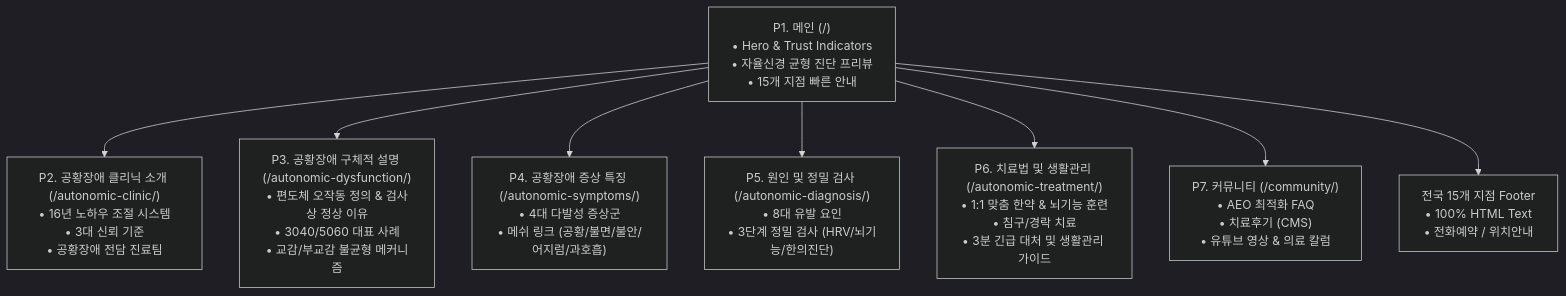
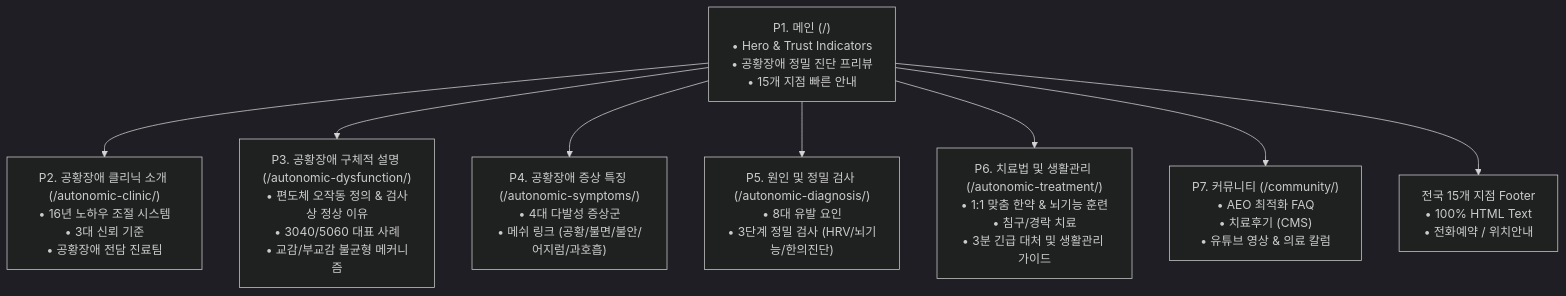
One commit to healim0071-git/panic-disorder changed the diagram in plan.md. Above: the diagram before and after it, drawn with Mermaid (dark theme). The commit also changed other lines of this file, not shown here.

Commit message:
docs: plan.md 기획서 공황장애 전문 클리닉 사양 및 마일스톤 10 최신화

````diff
--- a/plan.md
+++ b/plan.md
@@ -31,13 +31,13 @@
 ```mermaid
 graph TD
-    Home["P1. 메인 (/)<br>• Hero & Trust Indicators<br>• 자율신경 균형 진단 프리뷰<br>• 15개 지점 빠른 안내"]
+    Home["P1. 메인 (/)<br>• Hero & Trust Indicators<br>• 공황장애 정밀 진단 프리뷰<br>• 15개 지점 빠른 안내"]
     
     Home --> Clinic["P2. 공황장애 클리닉 소개 (/autonomic-clinic/)<br>• 16년 노하우 조절 시스템<br>• 3대 신뢰 기준<br>• 공황장애 전담 진료팀"]
     Home --> Dysfunction["P3. 공황장애 구체적 설명 (/autonomic-dysfunction/)<br>• 편도체 오작동 정의 & 검사상 정상 이유<br>• 3040/5060 대표 사례<br>• 교감/부교감 불균형 메커니즘"]
     Home --> Symptoms["P4. 공황장애 증상 특징 (/autonomic-symptoms/)<br>• 4대 다발성 증상군<br>• 메쉬 링크 (공황/불면/불안/어지럼/과호흡)"]
     Home --> Diagnosis["P5. 원인 및 정밀 검사 (/autonomic-diagnosis/)<br>• 8대 유발 요인<br>• 3단계 정밀 검사 (HRV/뇌기능/한의진단)"]
     Home --> Treatment["P6. 치료법 및 생활관리 (/autonomic-treatment/)<br>• 1:1 맞춤 한약 & 뇌기능 훈련<br>• 침구/경락 치료<br>• 3분 긴급 대처 및 생활관리 가이드"]
     Home --> Community["P7. 커뮤니티 (/community/)<br>• AEO 최적화 FAQ<br>• 치료후기 (CMS)<br>• 유튜브 영상 & 의료 칼럼"]
     
     Home --> BranchFooter["전국 15개 지점 Footer<br>• 100% HTML Text<br>• 전화예약 / 위치안내"]
 ```
````
